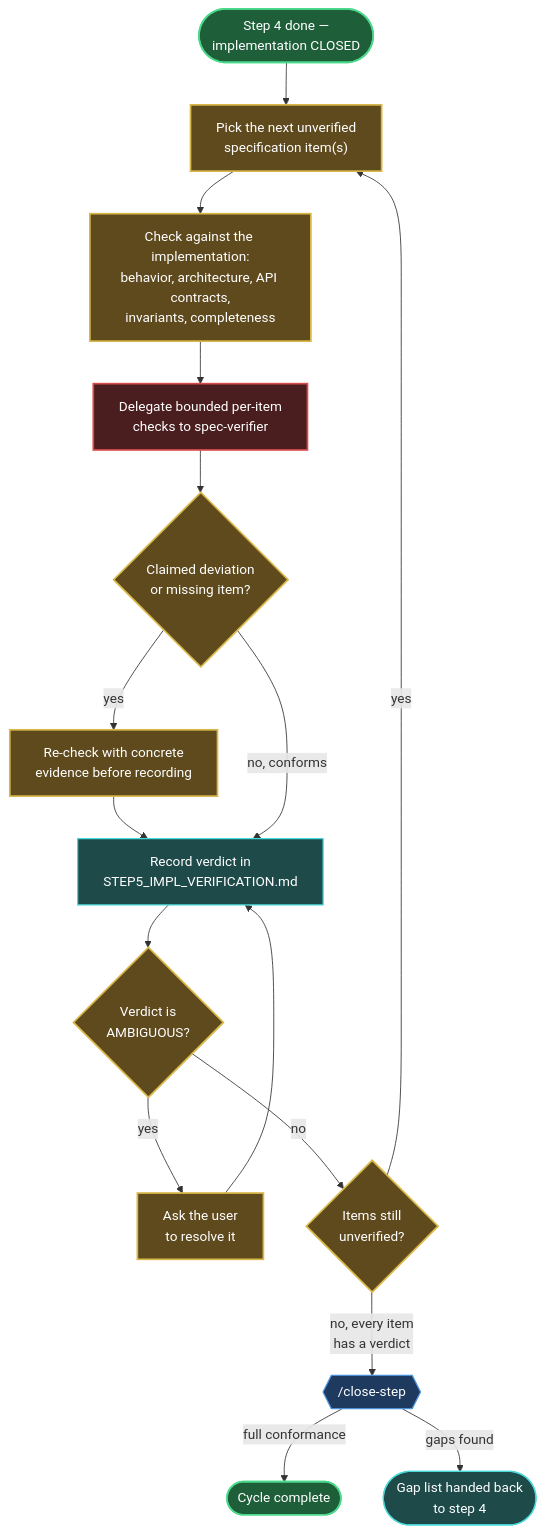
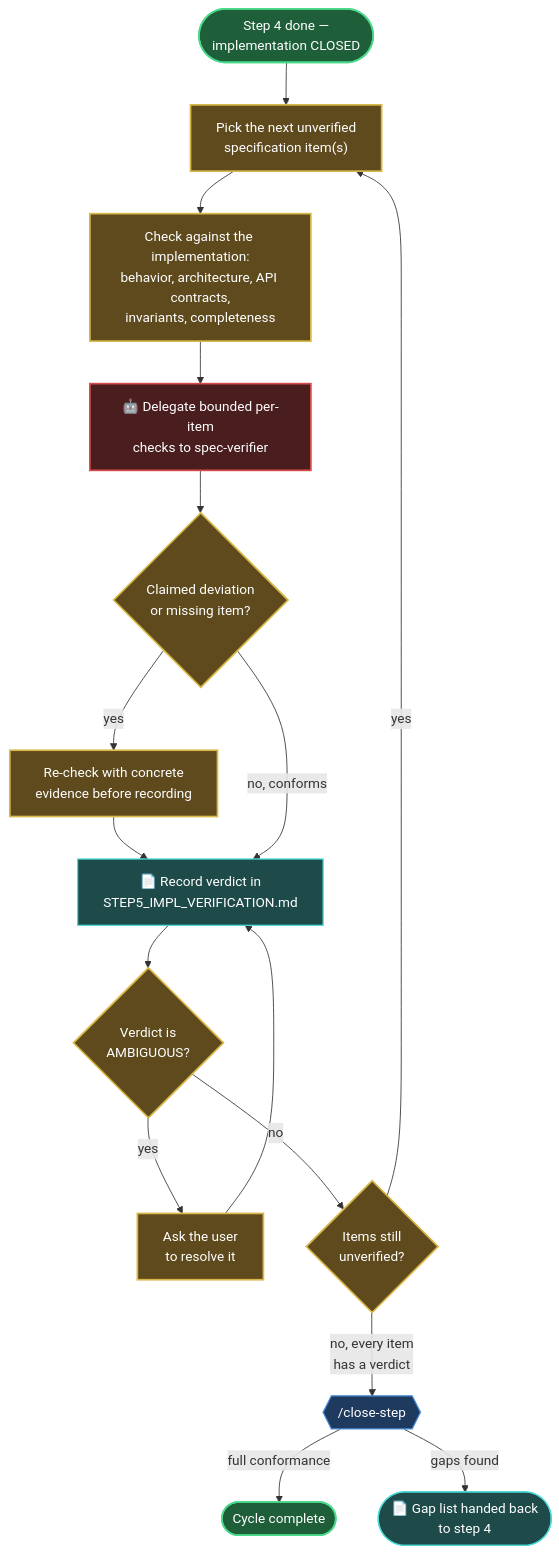
Before and after one commit to jeromeetienne/vibe_to_spec: the diagram in steps/step_05_verification/README.md, drawn with Mermaid. The commit also changed 6 other files, not shown here.

First line of the commit message:
Apply global_workflow.md legend's symbols to all repo diagrams

````diff
--- a/steps/step_05_verification/README.md
+++ b/steps/step_05_verification/README.md
@@ -39,43 +39,43 @@
 ```mermaid
 flowchart TD
     Start(["Step 4 done —
 implementation CLOSED"]) --> Pick["Pick the next unverified
 specification item(s)"]
     Pick --> Check["Check against the implementation:
 behavior, architecture, API contracts,
 invariants, completeness"]
-    Check --> Delegate["Delegate bounded per-item
+    Check --> Delegate["🤖 Delegate bounded per-item
 checks to spec-verifier"]
     Delegate --> Verify{"Claimed deviation
 or missing item?"}
     Verify -->|"yes"| Reverify["Re-check with concrete
 evidence before recording"]
     Reverify --> Record
-    Verify -->|"no, conforms"| Record["Record verdict in
+    Verify -->|"no, conforms"| Record["📄 Record verdict in
 STEP5_IMPL_VERIFICATION.md"]
     Record --> Ambiguous{"Verdict is
 AMBIGUOUS?"}
     Ambiguous -->|"yes"| AskUser["Ask the user
 to resolve it"]
     AskUser --> Record
     Ambiguous -->|"no"| More{"Items still
 unverified?"}
     More -->|"yes"| Pick
     More -->|"no, every item
 has a verdict"| Conclude{{"/close-step"}}
     Conclude -->|"full conformance"| Done(["Cycle complete"])
-    Conclude -->|"gaps found"| BackToStep4(["Gap list handed back
+    Conclude -->|"gaps found"| BackToStep4(["📄 Gap list handed back
 to step 4"])
 
     classDef loop fill:#5f4a1e,stroke:#d9b84a,stroke-width:2px,color:#fff;
     classDef cmd fill:#1e3a5f,stroke:#4a90d9,stroke-width:1.5px,color:#fff;
     classDef rec fill:#1e4a4a,stroke:#4ad9d9,stroke-width:1.5px,color:#fff;
     classDef done fill:#1e5f3a,stroke:#4ad98a,stroke-width:2px,color:#fff;
     classDef critic fill:#4a1e1e,stroke:#d94a4a,stroke-width:2px,color:#fff;
     class Start done;
     class Pick,Check,Verify,Reverify,Ambiguous,AskUser,More loop;
     class Delegate critic;
     class Record,BackToStep4 rec;
     class Conclude cmd;
     class Done done;
 ```
````
